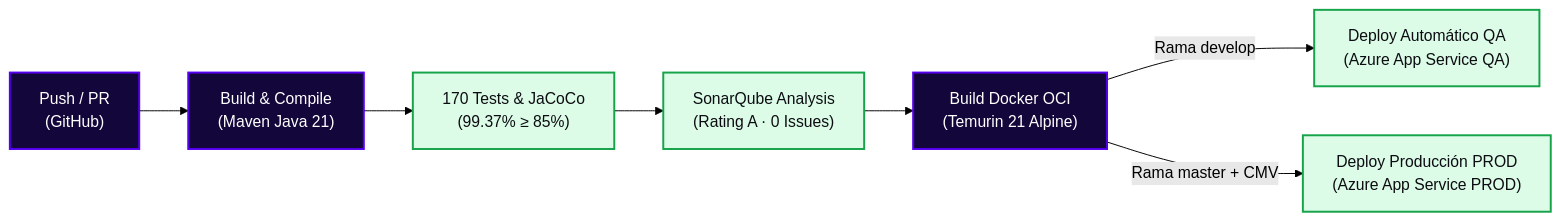
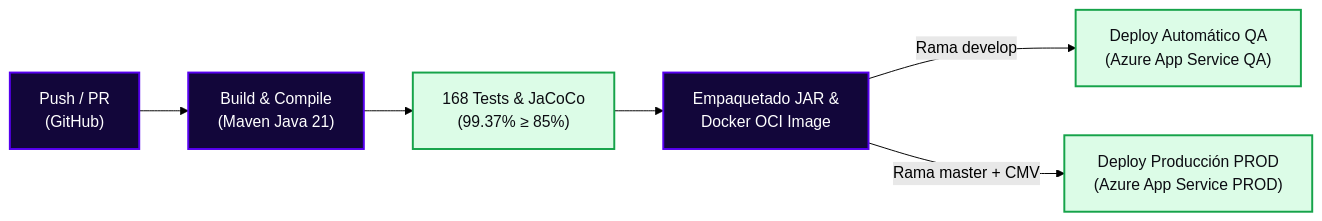
Before and after one commit to StyleRadar1/PT8080-Donations-Service: the second of 2 diagrams in README.md, drawn with Mermaid (forest theme). The commit also changed other lines of this file and 8 other files, not shown here.

````diff
--- a/README.md
+++ b/README.md
@@ -630,15 +636,14 @@
 ```mermaid
 flowchart LR
     A["Push / PR<br>(GitHub)"] --> B["Build & Compile<br>(Maven Java 21)"]
-    B --> C["170 Tests & JaCoCo<br>(99.37% ≥ 85%)"]
-    C --> D["SonarQube Analysis<br>(Rating A · 0 Issues)"]
-    D --> E["Build Docker OCI<br>(Temurin 21 Alpine)"]
-    E -->|Rama develop| F["Deploy Automático QA<br>(Azure App Service QA)"]
-    E -->|Rama master + CMV| G["Deploy Producción PROD<br>(Azure App Service PROD)"]
+    B --> C["168 Tests & JaCoCo<br>(99.37% ≥ 85%)"]
+    C --> D["Empaquetado JAR &<br>Docker OCI Image"]
+    D -->|Rama develop| E["Deploy Automático QA<br>(Azure App Service QA)"]
+    D -->|Rama master + CMV| F["Deploy Producción PROD<br>(Azure App Service PROD)"]
 
     classDef step fill:#12063A,stroke:#5600EF,stroke-width:2px,color:#FFFFFF;
     classDef pass fill:#DCFCE7,stroke:#16A34A,stroke-width:2px,color:#0C0C12;
 
-    class A,B,E step;
-    class C,D,F,G pass;
+    class A,B,D step;
+    class C,E,F pass;
 ```
````
